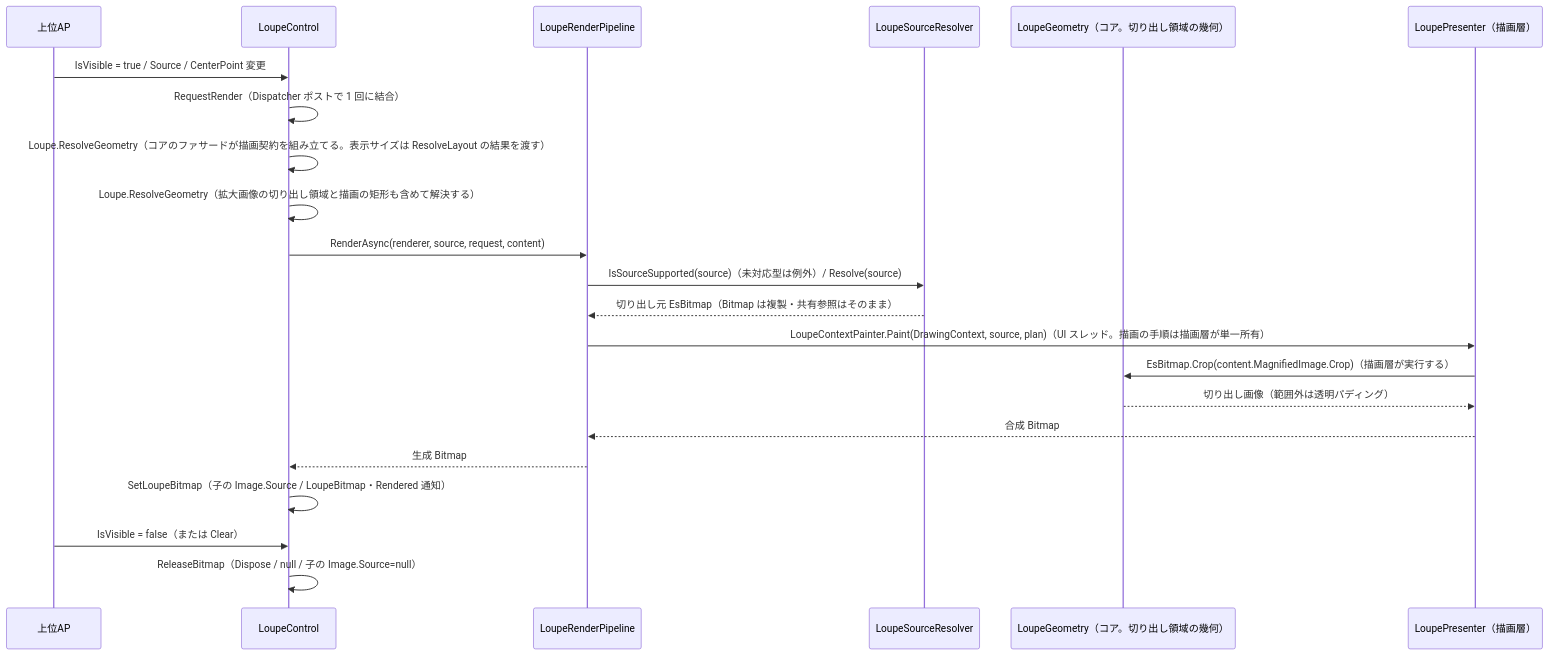
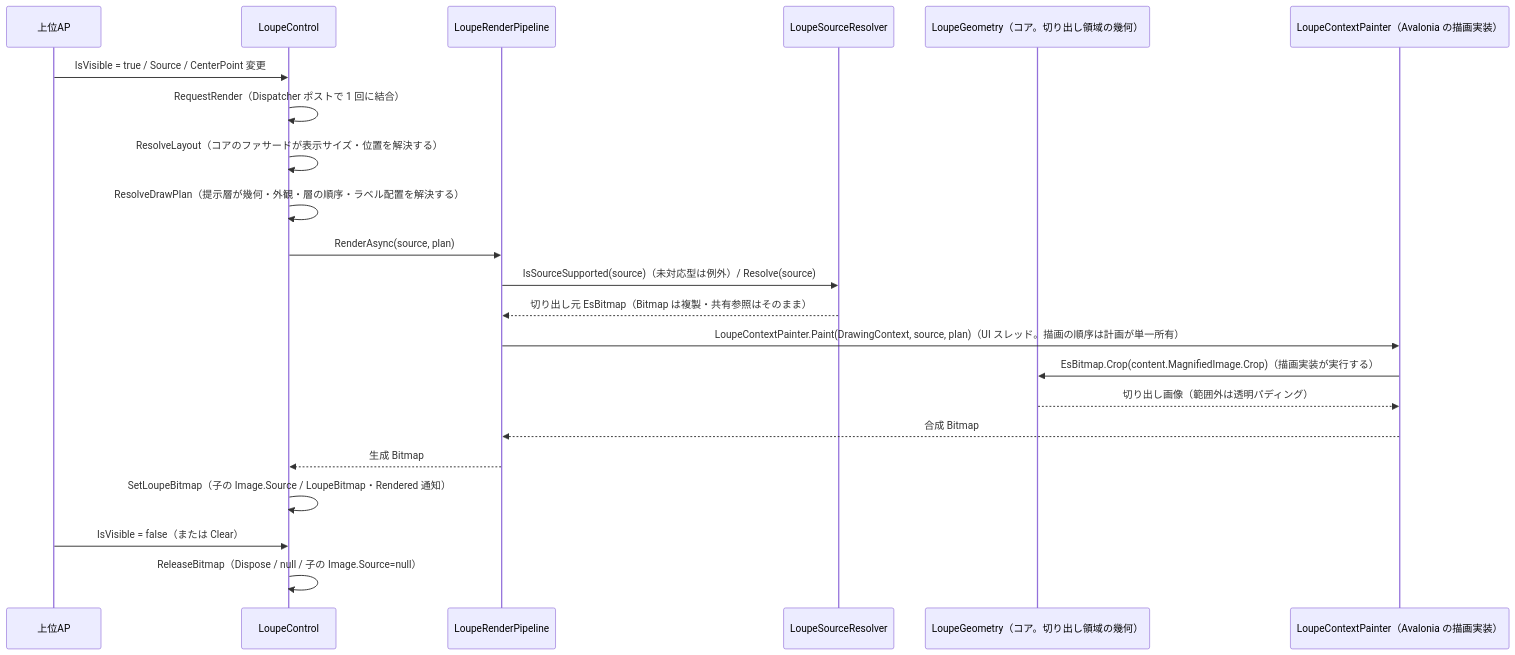
The second of 2 diagrams in src/LoupeControl.AvaloniaUI/SPEC_System.md (tomokuni/SaveEvidence), drawn with Mermaid before and after one commit. The commit also changed other lines of this file and 24 other files, not shown here.

````diff
--- a/src/LoupeControl.AvaloniaUI/SPEC_System.md
+++ b/src/LoupeControl.AvaloniaUI/SPEC_System.md
@@ -241,26 +239,26 @@
 ```mermaid
 sequenceDiagram
     participant AP as 上位AP
     participant Ctl as LoupeControl
     participant Pl as LoupeRenderPipeline
     participant Sr as LoupeSourceResolver
     participant Ext as LoupeGeometry（コア。切り出し領域の幾何）
-    participant Rdr as LoupePresenter（描画層）
+    participant Rdr as LoupeContextPainter（Avalonia の描画実装）
 
     AP->>Ctl: IsVisible = true / Source / CenterPoint 変更
     Ctl->>Ctl: RequestRender（Dispatcher ポストで 1 回に結合）
-    Ctl->>Ctl: Loupe.ResolveGeometry（コアのファサードが描画契約を組み立てる。表示サイズは ResolveLayout の結果を渡す）
-    Ctl->>Ctl: Loupe.ResolveGeometry（拡大画像の切り出し領域と描画の矩形も含めて解決する）
-    Ctl->>Pl: RenderAsync(renderer, source, request, content)
+    Ctl->>Ctl: ResolveLayout（コアのファサードが表示サイズ・位置を解決する）
+    Ctl->>Ctl: ResolveDrawPlan（提示層が幾何・外観・層の順序・ラベル配置を解決する）
+    Ctl->>Pl: RenderAsync(source, plan)
     Pl->>Sr: IsSourceSupported(source)（未対応型は例外）/ Resolve(source)
     Sr-->>Pl: 切り出し元 EsBitmap（Bitmap は複製・共有参照はそのまま）
-    Pl->>Rdr: LoupeContextPainter.Paint(DrawingContext, source, plan)（UI スレッド。描画の手順は描画層が単一所有）
-    Rdr->>Ext: EsBitmap.Crop(content.MagnifiedImage.Crop)（描画層が実行する）
+    Pl->>Rdr: LoupeContextPainter.Paint(DrawingContext, source, plan)（UI スレッド。描画の順序は計画が単一所有）
+    Rdr->>Ext: EsBitmap.Crop(content.MagnifiedImage.Crop)（描画実装が実行する）
     Ext-->>Rdr: 切り出し画像（範囲外は透明パディング）
     Rdr-->>Pl: 合成 Bitmap
     Pl-->>Ctl: 生成 Bitmap
     Ctl->>Ctl: SetLoupeBitmap（子の Image.Source / LoupeBitmap・Rendered 通知）
 
     AP->>Ctl: IsVisible = false（または Clear）
     Ctl->>Ctl: ReleaseBitmap（Dispose / null / 子の Image.Source=null）
 ```
````
